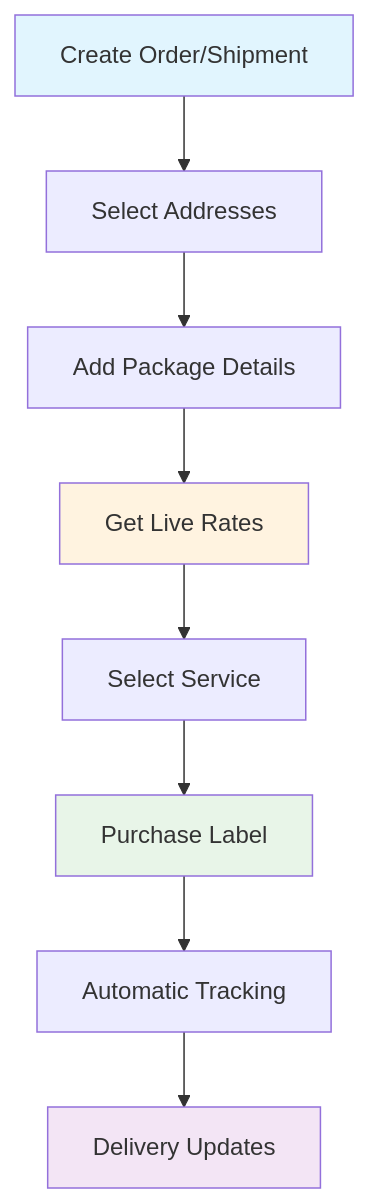
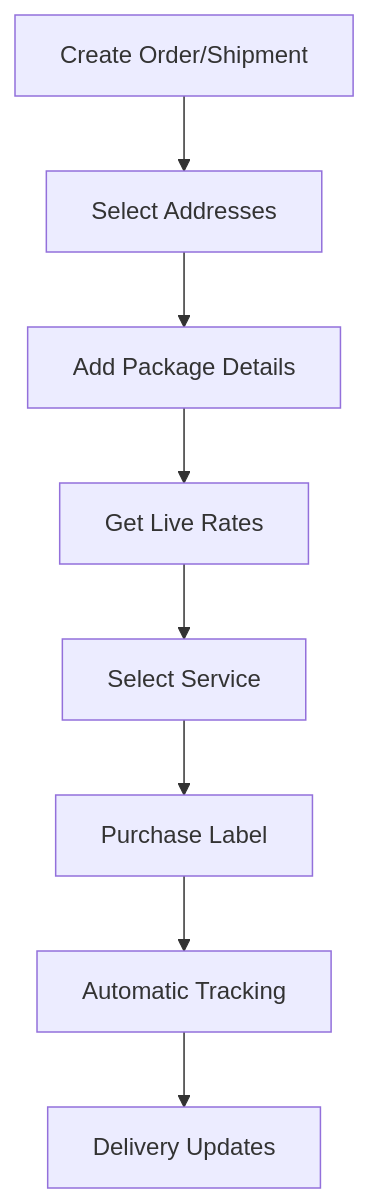
Before and after one commit to karrioapi/karrio: the diagram in apps/web/src/app/docs/developing/dashboard-guide/page.mdx, drawn with Mermaid. The commit also changed 34 other files, not shown here.

````diff
--- a/apps/web/src/app/docs/developing/dashboard-guide/page.mdx
+++ b/apps/web/src/app/docs/developing/dashboard-guide/page.mdx
@@ -90,15 +90,11 @@
 ```mermaid
 flowchart TD
     A[Create Order/Shipment] --> B[Select Addresses]
     B --> C[Add Package Details]
     C --> D[Get Live Rates]
     D --> E[Select Service]
     E --> F[Purchase Label]
     F --> G[Automatic Tracking]
     G --> H[Delivery Updates]
 
-    style A fill:#e1f5fe
-    style D fill:#fff3e0
-    style F fill:#e8f5e8
-    style H fill:#f3e5f5
 ```
````
